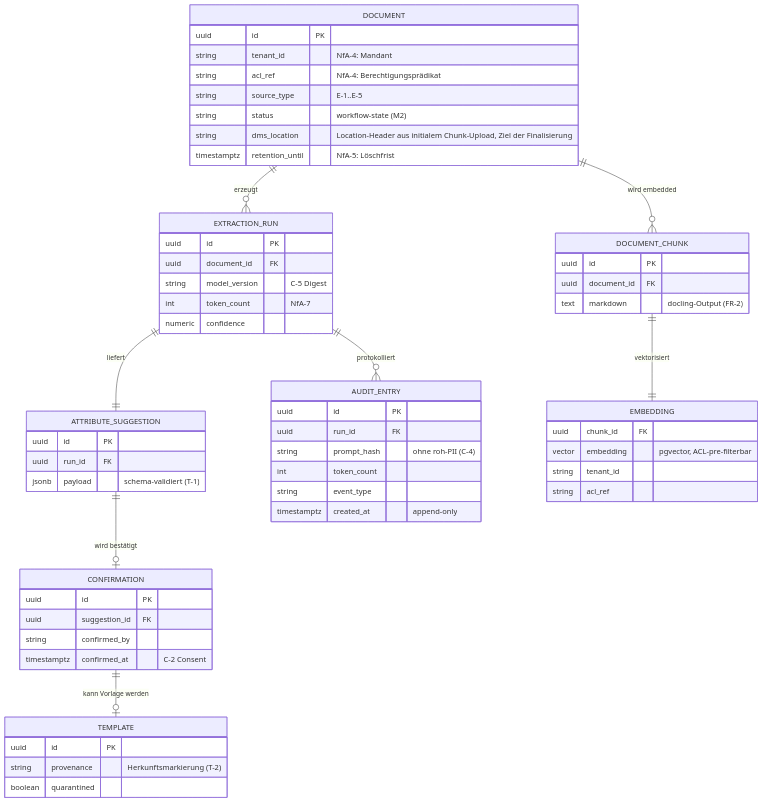
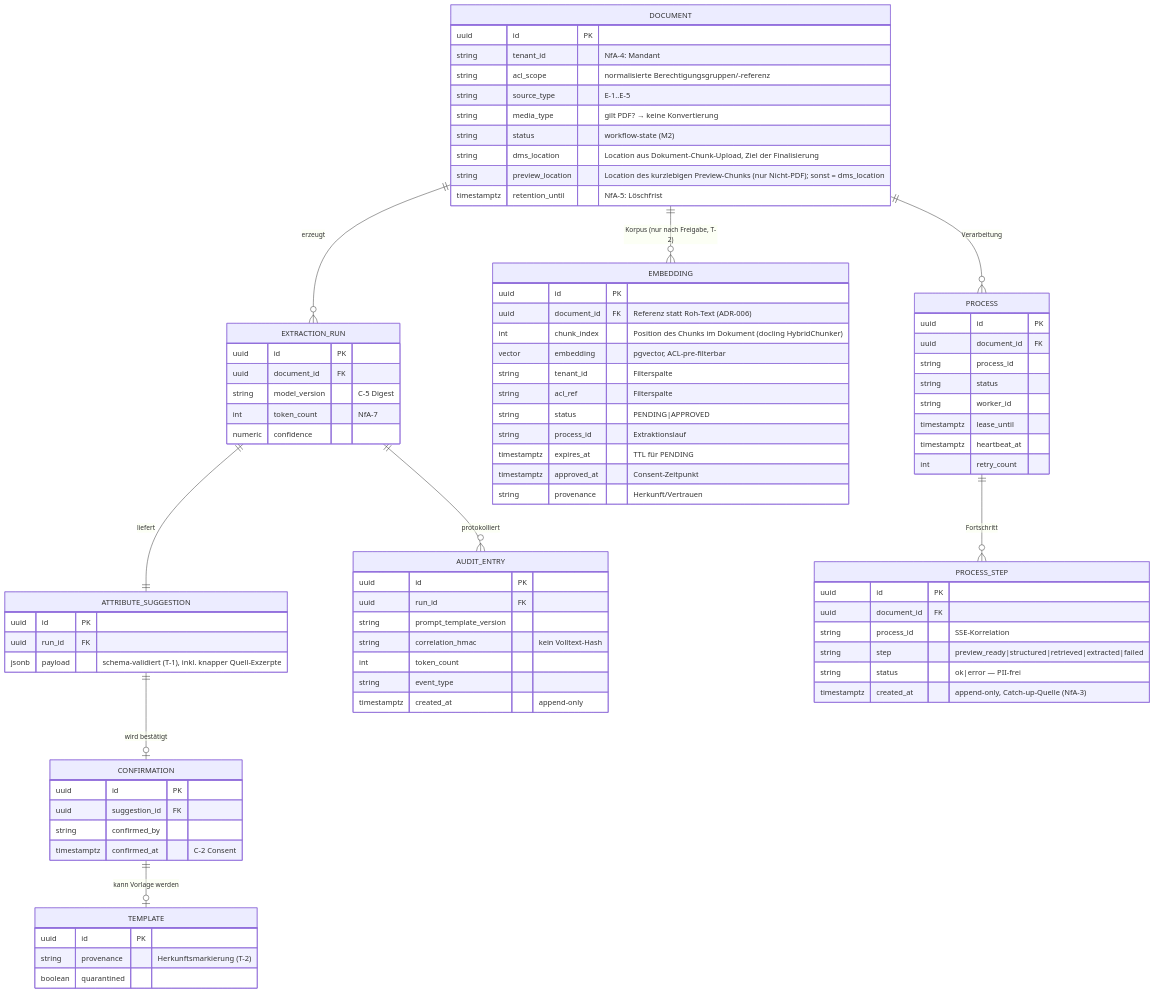
The seventh of 7 diagrams in doc/ARCHITECTURE.md (segjo/docextract), drawn with Mermaid before and after one commit. The commit also changed other lines of this file and 1 other file, not shown here.

First line of the commit message:
doc: Enhance specification for document processing and embedding management

```diff
--- a/doc/ARCHITECTURE.md
+++ b/doc/ARCHITECTURE.md
@@ -333,30 +422,53 @@
     DOCUMENT ||--o{ EXTRACTION_RUN : "erzeugt"
     EXTRACTION_RUN ||--|| ATTRIBUTE_SUGGESTION : "liefert"
     ATTRIBUTE_SUGGESTION ||--o| CONFIRMATION : "wird bestätigt"
-    DOCUMENT ||--o{ DOCUMENT_CHUNK : "wird embedded"
-    DOCUMENT_CHUNK ||--|| EMBEDDING : "vektorisiert"
+    DOCUMENT ||--o{ EMBEDDING : "Korpus (nur nach Freigabe, T-2)"
+    DOCUMENT ||--o{ PROCESS : "Verarbeitung"
+    PROCESS ||--o{ PROCESS_STEP : "Fortschritt"
     EXTRACTION_RUN ||--o{ AUDIT_ENTRY : "protokolliert"
     CONFIRMATION ||--o| TEMPLATE : "kann Vorlage werden"
 
     DOCUMENT {
         uuid id PK
         string tenant_id "NfA-4: Mandant"
-        string acl_ref "NfA-4: Berechtigungsprädikat"
+        string acl_scope "normalisierte Berechtigungsgruppen/-referenz"
         string source_type "E-1..E-5"
+        string media_type "gilt PDF? → keine Konvertierung"
         string status "workflow-state (M2)"
-        string dms_location "Location-Header aus initialem Chunk-Upload, Ziel der Finalisierung"
+        string dms_location "Location aus Dokument-Chunk-Upload, Ziel der Finalisierung"
+        string preview_location "Location des kurzlebigen Preview-Chunks (nur Nicht-PDF); sonst = dms_location"
         timestamptz retention_until "NfA-5: Löschfrist"
     }
-    DOCUMENT_CHUNK {
+    EMBEDDING {
+        uuid id PK
+        uuid document_id FK "Referenz statt Roh-Text (ADR-006)"
+        int chunk_index "Position des Chunks im Dokument (docling HybridChunker)"
+        vector embedding "pgvector, ACL-pre-filterbar"
+        string tenant_id "Filterspalte"
+        string acl_ref "Filterspalte"
+        string status "PENDING|APPROVED"
+        string process_id "Extraktionslauf"
+        timestamptz expires_at "TTL für PENDING"
+        timestamptz approved_at "Consent-Zeitpunkt"
+        string provenance "Herkunft/Vertrauen"
+    }
+    PROCESS {
         uuid id PK
         uuid document_id FK
-        text markdown "docling-Output (FR-2)"
+        string process_id
+        string status
+        string worker_id
+        timestamptz lease_until
+        timestamptz heartbeat_at
+        int retry_count
     }
-    EMBEDDING {
-        uuid chunk_id FK
-        vector embedding "pgvector, ACL-pre-filterbar"
-        string tenant_id
-        string acl_ref
+    PROCESS_STEP {
+        uuid id PK
+        uuid document_id FK
+        string process_id "SSE-Korrelation"
+        string step "preview_ready|structured|retrieved|extracted|failed"
+        string status "ok|error — PII-frei"
+        timestamptz created_at "append-only, Catch-up-Quelle (NfA-3)"
     }
     EXTRACTION_RUN {
         uuid id PK
@@ -368,7 +480,7 @@
     ATTRIBUTE_SUGGESTION {
         uuid id PK
         uuid run_id FK
-        jsonb payload "schema-validiert (T-1)"
+        jsonb payload "schema-validiert (T-1), inkl. knapper Quell-Exzerpte"
     }
     CONFIRMATION {
         uuid id PK
@@ -384,7 +496,8 @@
     AUDIT_ENTRY {
         uuid id PK
         uuid run_id FK
-        string prompt_hash "ohne roh-PII (C-4)"
+        string prompt_template_version
+        string correlation_hmac "kein Volltext-Hash"
         int token_count
         string event_type
         timestamptz created_at "append-only"
```
